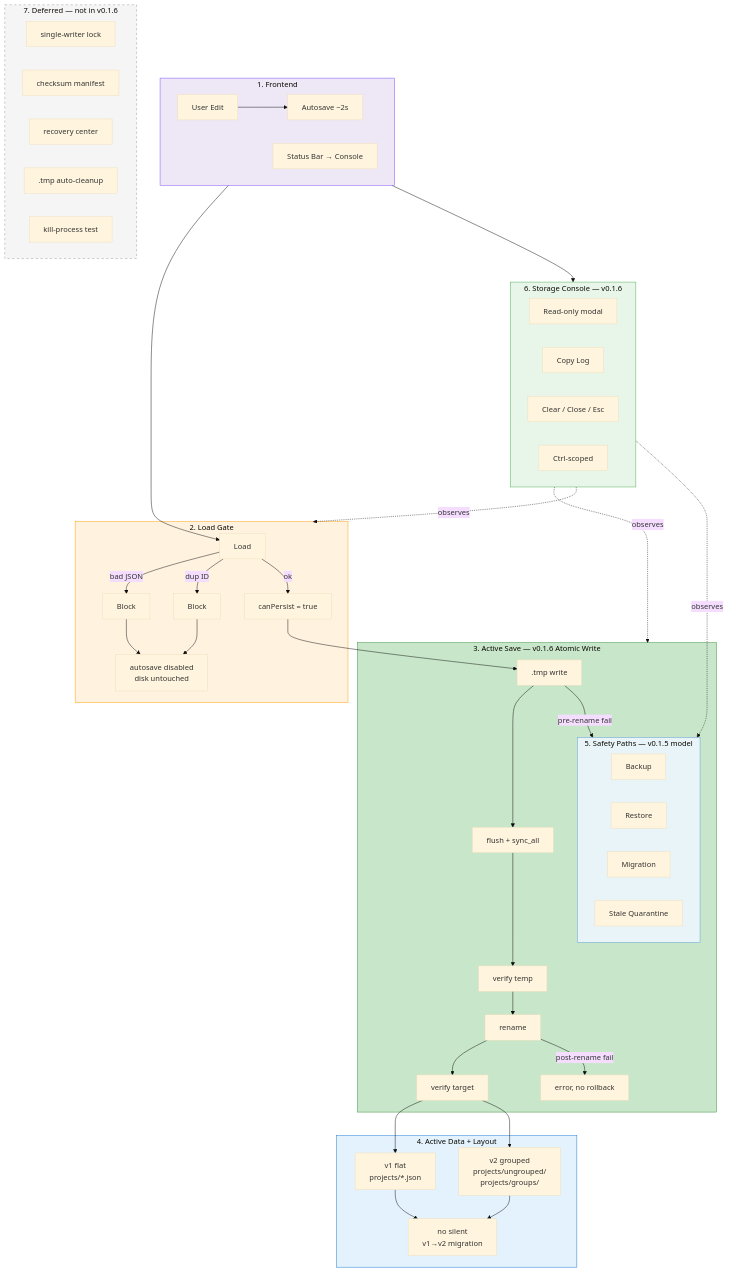
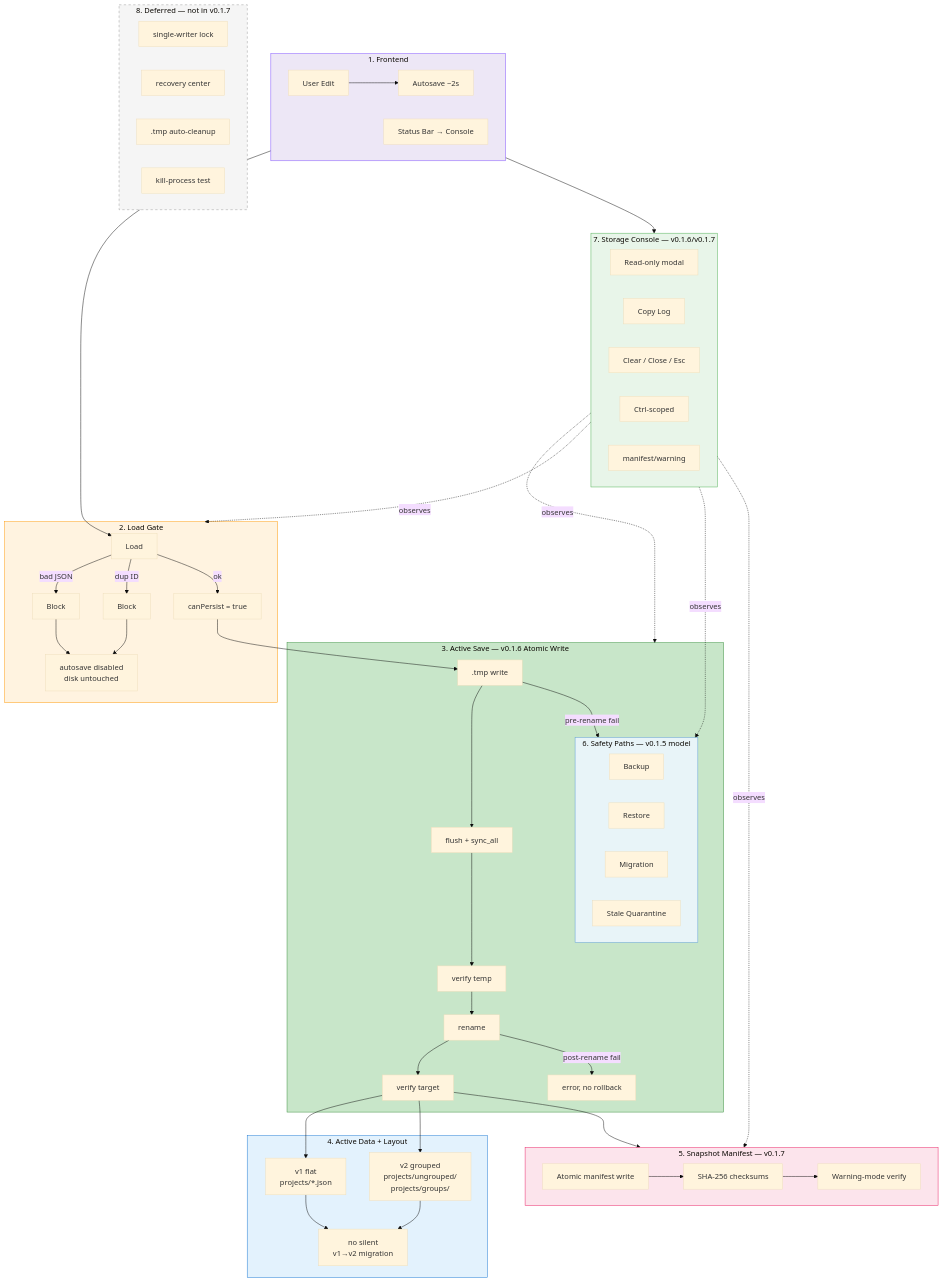
One commit to MingqiZhang0/cheerio-flow changed the diagram in README.md. Above: the diagram before and after it, drawn with Mermaid (base theme). The commit also changed other lines of this file, not shown here.

```diff
--- a/README.md
+++ b/README.md
@@ -382,7 +375,15 @@
         NM["no silent<br/>v1→v2 migration"]
     end
 
-    subgraph OLD["5. Safety Paths — v0.1.5 model"]
+    subgraph MANIFEST["5. Snapshot Manifest — v0.1.7"]
+        direction LR
+        SM["Atomic manifest write"]
+        SH["SHA-256 checksums"]
+        WM["Warning-mode verify"]
+        SM --> SH --> WM
+    end
+
+    subgraph OLD["6. Safety Paths — v0.1.5 model"]
         direction LR
         BK["Backup"]
         RS["Restore"]
@@ -390,21 +391,21 @@
         SQ["Stale Quarantine"]
     end
 
-    subgraph CONSOLE["6. Storage Console — v0.1.6"]
+    subgraph CONSOLE["7. Storage Console — v0.1.6/v0.1.7"]
         direction LR
         SC["Read-only modal"]
         CP["Copy Log"]
         CL["Clear / Close / Esc"]
         CR["Ctrl-scoped"]
+        MW["manifest/warning"]
     end
 
-    subgraph FUT["7. Deferred — not in v0.1.6"]
+    subgraph FUT["8. Deferred — not in v0.1.7"]
         direction LR
         D1["single-writer lock"]
-        D2["checksum manifest"]
-        D3["recovery center"]
-        D4[".tmp auto-cleanup"]
-        D5["kill-process test"]
+        D2["recovery center"]
+        D3[".tmp auto-cleanup"]
+        D4["kill-process test"]
     end
 
     UE --> AT --> L
@@ -413,16 +414,19 @@
     VF --> V2
     V1 --> NM
     V2 --> NM
+    VF --> SM
     SB --> SC
 
     SC -.->|observes| SAVE
     SC -.->|observes| GATE
+    SC -.->|observes| MANIFEST
     SC -.->|observes| OLD
 
     style UX fill:#ede7f6,stroke:#7c4dff
     style GATE fill:#fff3e0,stroke:#ff9800
     style SAVE fill:#c8e6c9,stroke:#388e3c
     style DISK fill:#e3f2fd,stroke:#1976d2
+    style MANIFEST fill:#fce4ec,stroke:#e91e63
     style OLD fill:#e8f4f8,stroke:#5b9bd5
     style CONSOLE fill:#e8f5e9,stroke:#4caf50
     style FUT fill:#f5f5f5,stroke:#999,stroke-dasharray: 5 5
```
